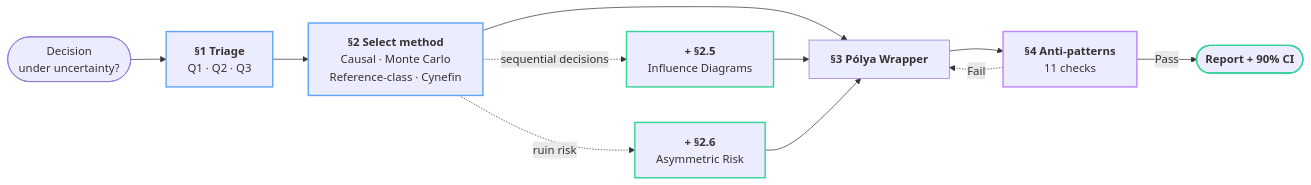
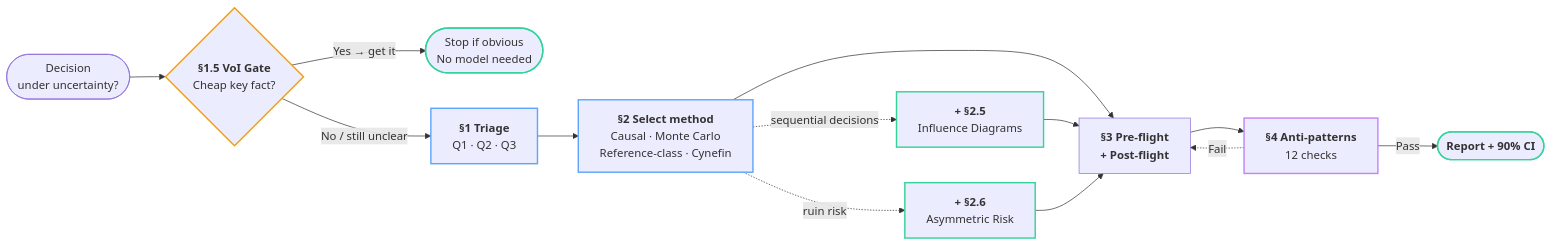
One commit to ayush111111/quartz changed the first of 2 diagrams in content/notes/2026-05-21-General-Problem-Solving-Template.md. Above: the diagram before and after it, drawn with Mermaid. The commit also changed other lines of this file, not shown here.

````diff
--- a/content/notes/2026-05-21-General-Problem-Solving-Template.md
+++ b/content/notes/2026-05-21-General-Problem-Solving-Template.md
@@ -29,36 +29,45 @@
 ```mermaid
 flowchart LR
     Start(["`Decision
-under uncertainty?`"]) --> S1
+under uncertainty?`"]) --> S15
+
+    S15{"`**§1.5 VoI Gate**
+Cheap key fact?`"}
+    S15 -->|"Yes → get it"| Done(["`Stop if obvious
+No model needed`"])
+    S15 -->|"No / still unclear"| S1
 
     S1["`**§1 Triage**
 Q1 · Q2 · Q3`"] --> S2
 
     S2["`**§2 Select method**
 Causal · Monte Carlo
 Reference-class · Cynefin`"]
 
     S2 --> S3
     S2 -.->|sequential decisions| S25["`**+ §2.5**
 Influence Diagrams`"]
     S2 -.->|ruin risk| S26["`**+ §2.6**
 Asymmetric Risk`"]
     S25 & S26 --> S3
 
-    S3["`**§3 Pólya Wrapper**`"] --> S4
+    S3["`**§3 Pre-flight**
+**+ Post-flight**`"] --> S4
 
     S4["`**§4 Anti-patterns**
-11 checks`"]
+12 checks`"]
     S4 -->|Pass| Report(["`**Report + 90% CI**`"])
     S4 -.->|Fail| S3
 
     classDef method stroke:#60a5fa,stroke-width:2px
     classDef overlay stroke:#34d399,stroke-width:2px
     classDef check stroke:#c084fc,stroke-width:2px
     classDef terminal stroke:#34d399,stroke-width:2px
+    classDef voi stroke:#f59e0b,stroke-width:2px
 
     class S1,S2 method
     class S25,S26 overlay
     class S4 check
-    class Report terminal
+    class Report,Done terminal
+    class S15 voi
 ```
````
